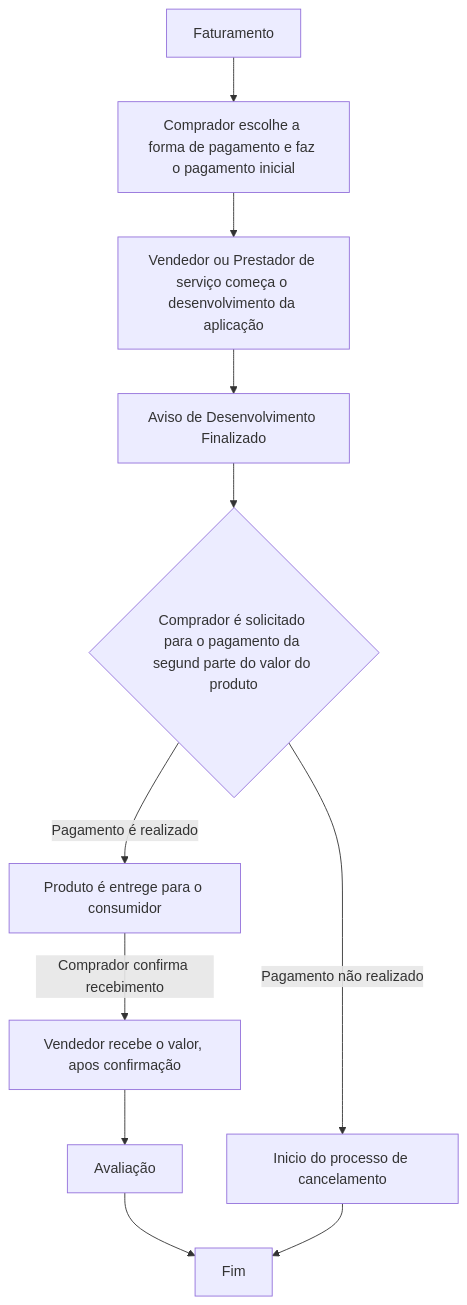
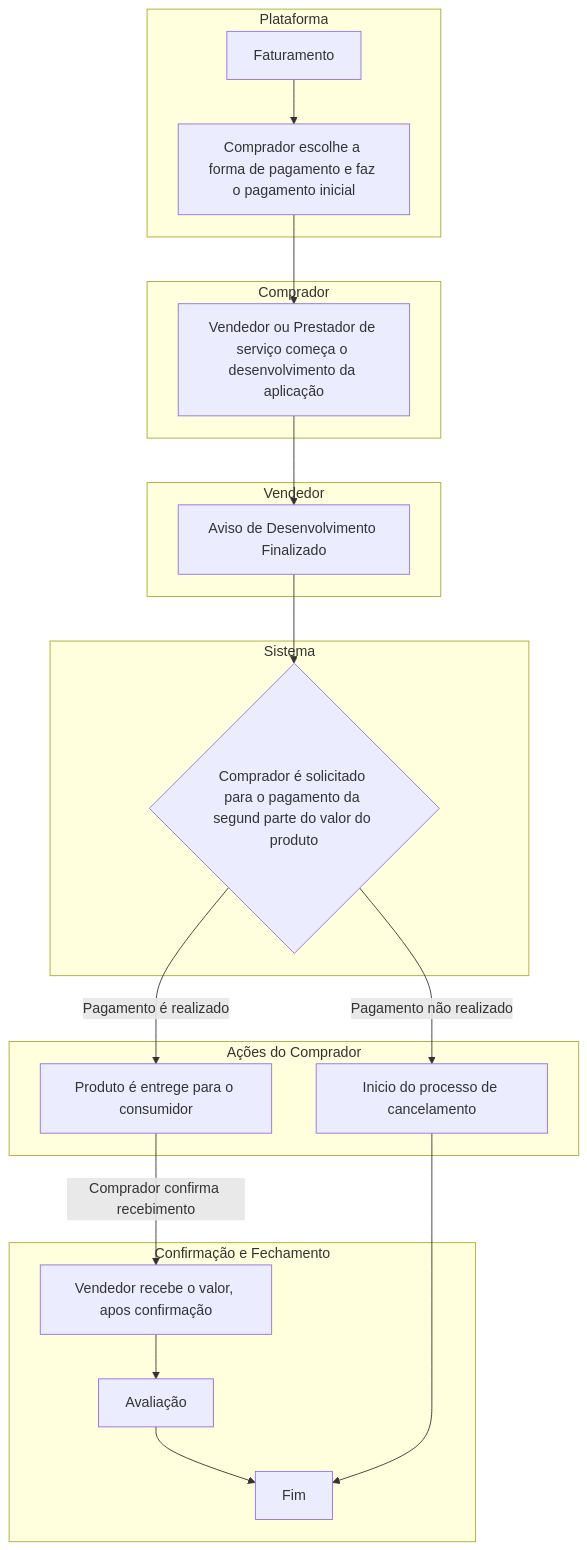
Before and after one commit to giovanni1351/EngenhariaDeSoftwareProjeto: the third of 7 diagrams in README.md, drawn with Mermaid. The commit also changed other lines of this file, not shown here.

````diff
--- a/README.md
+++ b/README.md
@@ -131,14 +161,30 @@
 ```mermaid
 graph TD;
-
-    Fat[Faturamento]-->PagamentoInicial[Comprador escolhe a forma de pagamento e faz o pagamento inicial]
-    PagamentoInicial --> InicioDoDesenvolvimento[Vendedor ou Prestador de serviço começa o desenvolvimento da aplicação]
-    InicioDoDesenvolvimento--> FimDoDev[Aviso de Desenvolvimento Finalizado]
-    FimDoDev --> SolcitacaoPagamentoParte2{Comprador é solicitado para o pagamento da segund parte do valor do produto}
-    SolcitacaoPagamentoParte2 --> |Pagamento é realizado|EntregaProd[Produto é entrege para o consumidor]
-    SolcitacaoPagamentoParte2 -->|Pagamento não realizado| CancelamentoPorNaoPagamento[ Inicio do processo de cancelamento]
-    EntregaProd -->|Comprador confirma recebimento| PagamentoAoVendedor[Vendedor recebe o valor, apos confirmação]
-    PagamentoAoVendedor--> Avaliacao[Avaliação]
-Avaliacao--> Fim[Fim]
-    CancelamentoPorNaoPagamento --> Fim
+    subgraph Inicio["Plataforma"]
+        Fat[Faturamento]-->PagamentoInicial[Comprador escolhe a forma de pagamento e faz o pagamento inicial]
+    end
+    
+    subgraph Comprador["Comprador"]
+        PagamentoInicial --> InicioDoDesenvolvimento[Vendedor ou Prestador de serviço começa o desenvolvimento da aplicação]
+    end
+    
+    subgraph Vendedor["Vendedor"]
+        InicioDoDesenvolvimento--> FimDoDev[Aviso de Desenvolvimento Finalizado]
+    end
+    
+    subgraph Sistema["Sistema"]
+        FimDoDev --> SolcitacaoPagamentoParte2{Comprador é solicitado para o pagamento da segund parte do valor do produto}
+    end
+    
+    subgraph ProcessoComprador["Ações do Comprador"]
+        SolcitacaoPagamentoParte2 --> |Pagamento é realizado|EntregaProd[Produto é entrege para o consumidor]
+        SolcitacaoPagamentoParte2 -->|Pagamento não realizado| CancelamentoPorNaoPagamento[Inicio do processo de cancelamento]
+    end
+    
+    subgraph Confirmacao["Confirmação e Fechamento"]
+        EntregaProd -->|Comprador confirma recebimento| PagamentoAoVendedor[Vendedor recebe o valor, apos confirmação]
+        PagamentoAoVendedor--> Avaliacao[Avaliação]
+        Avaliacao--> Fim[Fim]
+        CancelamentoPorNaoPagamento --> Fim
+    end
 ```
````
